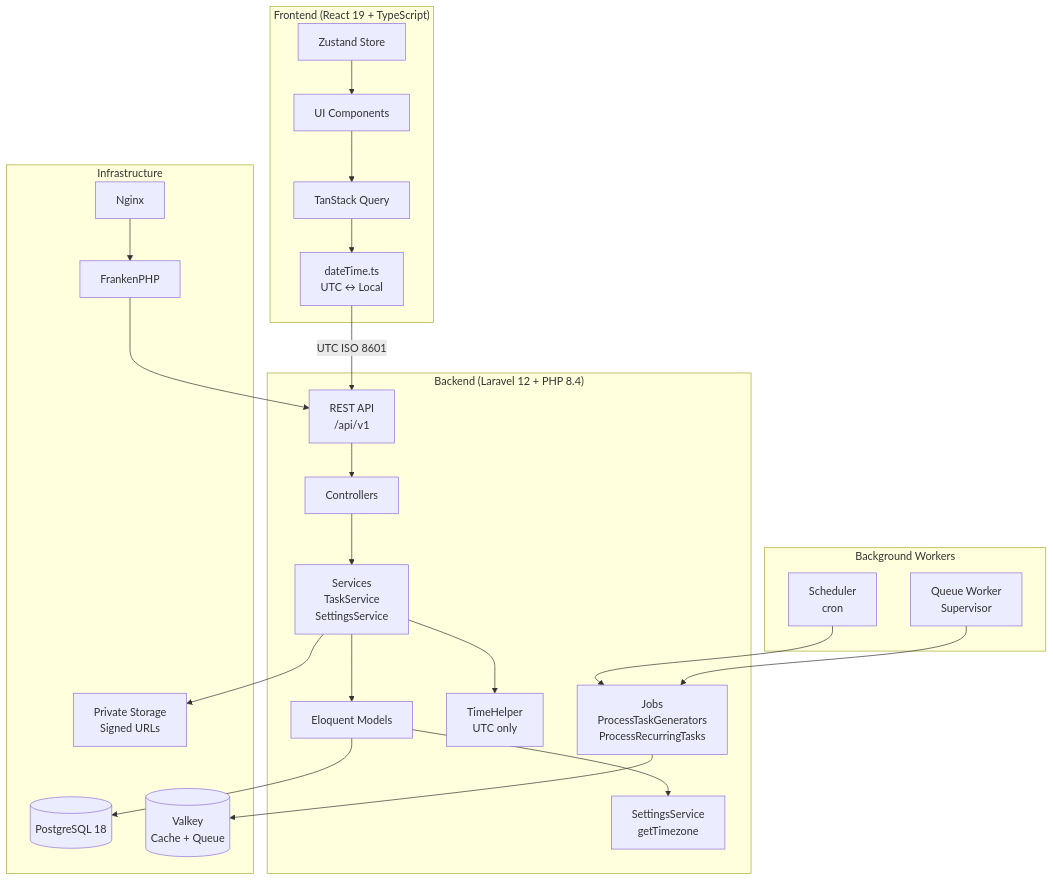
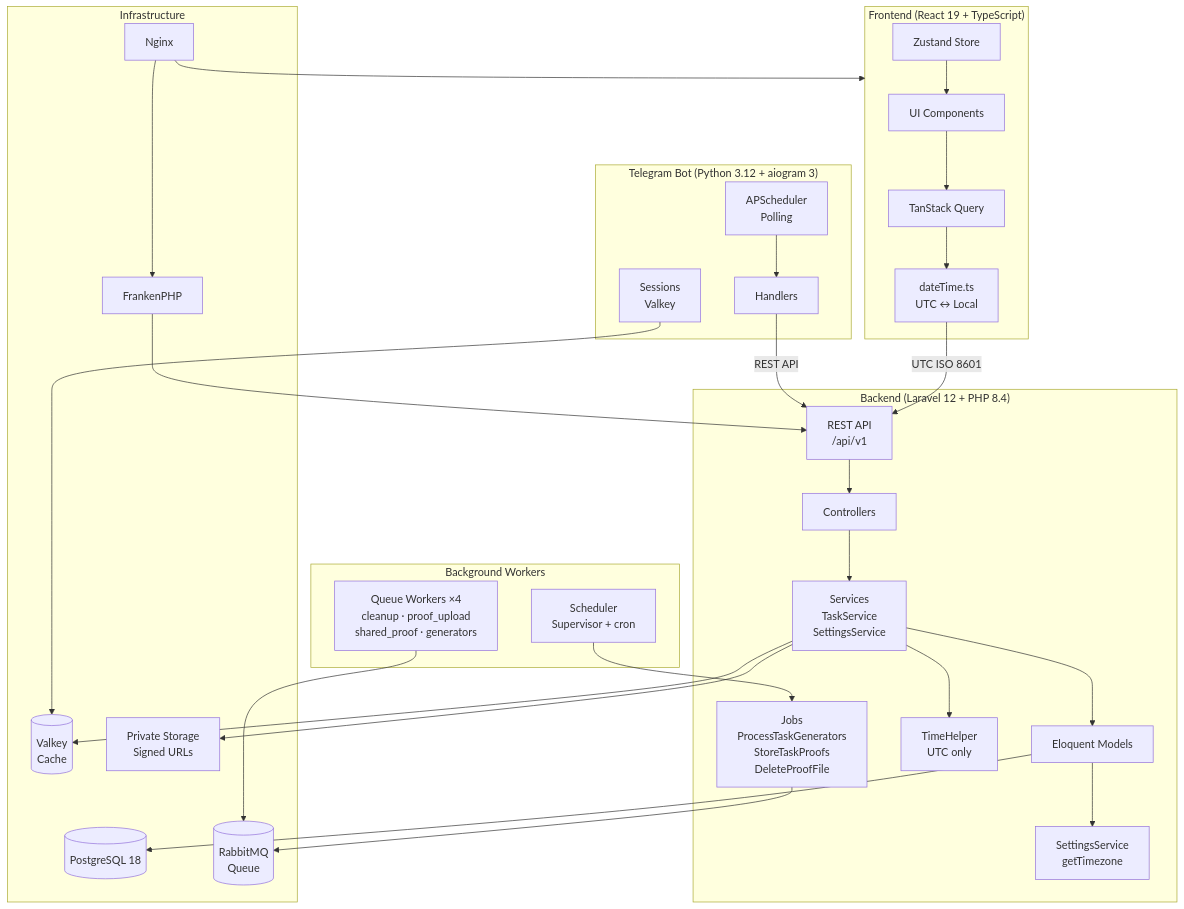
One commit to xierongchuan/TaskMate changed the diagram in README.md. Above: the diagram before and after it, drawn with Mermaid. The commit also changed other lines of this file, not shown here.

````diff
--- a/README.md
+++ b/README.md
@@ -7,52 +7,64 @@
 ```mermaid
 flowchart TB
     subgraph Client["Frontend (React 19 + TypeScript)"]
         UI[UI Components]
         Zustand[Zustand Store]
         TanStack[TanStack Query]
         DateUtils[dateTime.ts<br/>UTC ↔ Local]
     end
 
+    subgraph Bot["Telegram Bot (Python 3.12 + aiogram 3)"]
+        BotHandlers[Handlers]
+        BotScheduler[APScheduler<br/>Polling]
+        BotSessions[Sessions<br/>Valkey]
+    end
+
     subgraph Server["Backend (Laravel 12 + PHP 8.4)"]
         API[REST API<br/>/api/v1]
         Controllers[Controllers]
         Services[Services<br/>TaskService<br/>SettingsService]
         Models[Eloquent Models]
         TimeHelper[TimeHelper<br/>UTC only]
         TZHelper[SettingsService<br/>getTimezone]
-        Jobs[Jobs<br/>ProcessTaskGenerators<br/>ProcessRecurringTasks]
+        Jobs[Jobs<br/>ProcessTaskGenerators<br/>StoreTaskProofs<br/>DeleteProofFile]
     end
 
     subgraph Infrastructure["Infrastructure"]
         FrankenPHP[FrankenPHP]
         Nginx[Nginx]
         Postgres[(PostgreSQL 18)]
-        Valkey[(Valkey<br/>Cache + Queue)]
+        Valkey[(Valkey<br/>Cache)]
+        RabbitMQ[(RabbitMQ<br/>Queue)]
         Storage[Private Storage<br/>Signed URLs]
     end
 
     subgraph Workers["Background Workers"]
-        Scheduler[Scheduler<br/>cron]
-        QueueWorker[Queue Worker<br/>Supervisor]
+        Scheduler[Scheduler<br/>Supervisor + cron]
+        QueueWorkers[Queue Workers ×4<br/>cleanup · proof_upload<br/>shared_proof · generators]
     end
 
     UI --> TanStack
     TanStack --> DateUtils
     DateUtils -->|"UTC ISO 8601"| API
     Zustand --> UI
 
+    BotHandlers -->|"REST API"| API
+    BotSessions --> Valkey
+    BotScheduler --> BotHandlers
+
     Nginx --> FrankenPHP
+    Nginx --> Client
     FrankenPHP --> API
     API --> Controllers
     Controllers --> Services
     Services --> Models
     Services --> TimeHelper
     Models --> TZHelper
     Models --> Postgres
 
-    Jobs --> Valkey
+    Jobs --> RabbitMQ
     Scheduler --> Jobs
-    QueueWorker --> Jobs
-
+    QueueWorkers --> RabbitMQ
+    Services --> Valkey
     Services --> Storage
 ```
````
